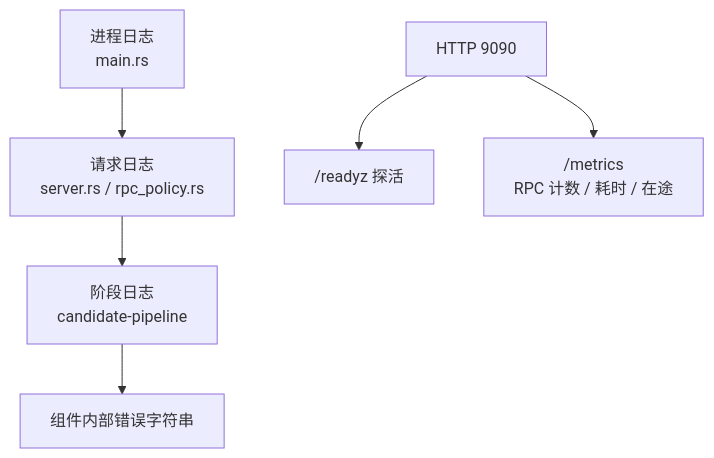
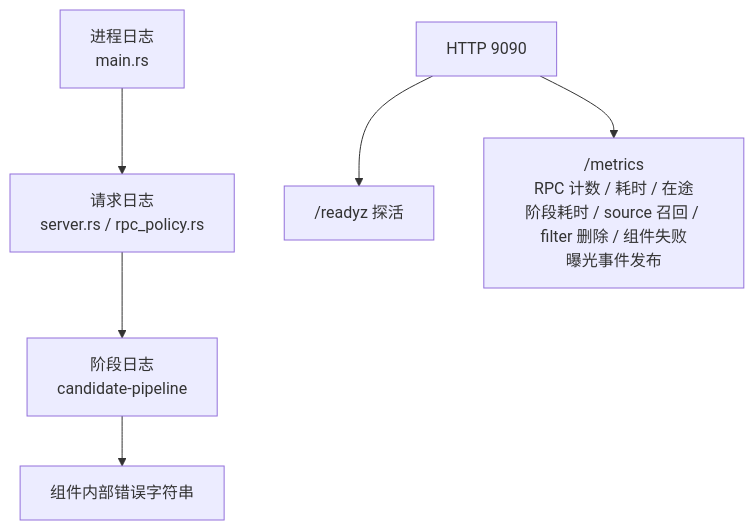
The first of 2 diagrams in docs/home-mixer/09-debugging-and-observability.md (freefcw/x-algorithm), drawn with Mermaid before and after one commit. The commit also changed other lines of this file and 7 other files, not shown here.

````diff
--- a/docs/home-mixer/09-debugging-and-observability.md
+++ b/docs/home-mixer/09-debugging-and-observability.md
@@ -86,9 +94,9 @@
 ```mermaid
 flowchart TD
     A["进程日志<br/>main.rs"] --> B["请求日志<br/>server.rs / rpc_policy.rs"]
     B --> C["阶段日志<br/>candidate-pipeline"]
     C --> D["组件内部错误字符串"]
 
     E["HTTP 9090"] --> F["/readyz 探活"]
-    E --> G["/metrics<br/>RPC 计数 / 耗时 / 在途"]
+    E --> G["/metrics<br/>RPC 计数 / 耗时 / 在途<br/>阶段耗时 / source 召回 / filter 删除 / 组件失败<br/>曝光事件发布"]
 ```
````
